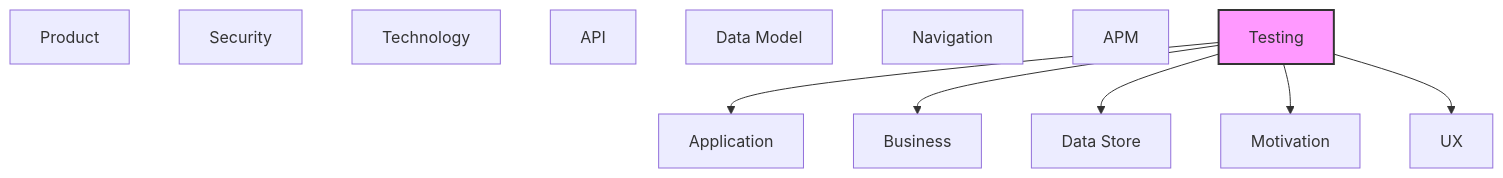
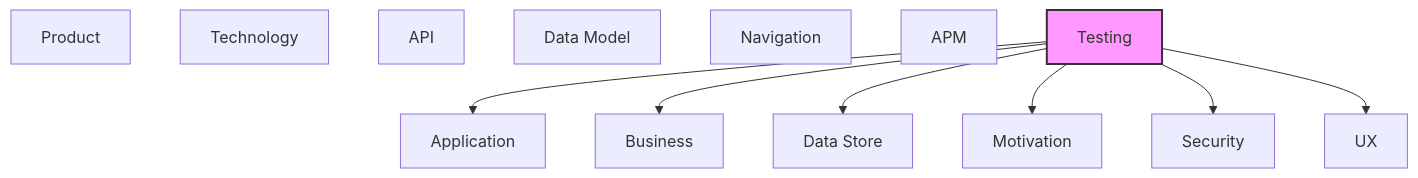
One commit to tinkermonkey/context-studio changed the diagram in documentation-robotics/reports/13-testing-layer-report.md. Above: the diagram before and after it, drawn with Mermaid. The commit also changed other lines of this file and 16 other files, not shown here.

````diff
--- a/documentation-robotics/reports/13-testing-layer-report.md
+++ b/documentation-robotics/reports/13-testing-layer-report.md
@@ -72,23 +73,24 @@
 ```mermaid
 flowchart TB
   classDef current fill:#f9f,stroke:#333,stroke-width:2px
   motivation["Motivation"]
   business["Business"]
   product["Product"]
   security["Security"]
   application["Application"]
   technology["Technology"]
   api["API"]
   data_model["Data Model"]
   data_store["Data Store"]
   ux["UX"]
   navigation["Navigation"]
   apm["APM"]
   testing["Testing"]
   testing --> application
   testing --> business
   testing --> data_store
   testing --> motivation
+  testing --> security
   testing --> ux
   class testing current
 ```
````
